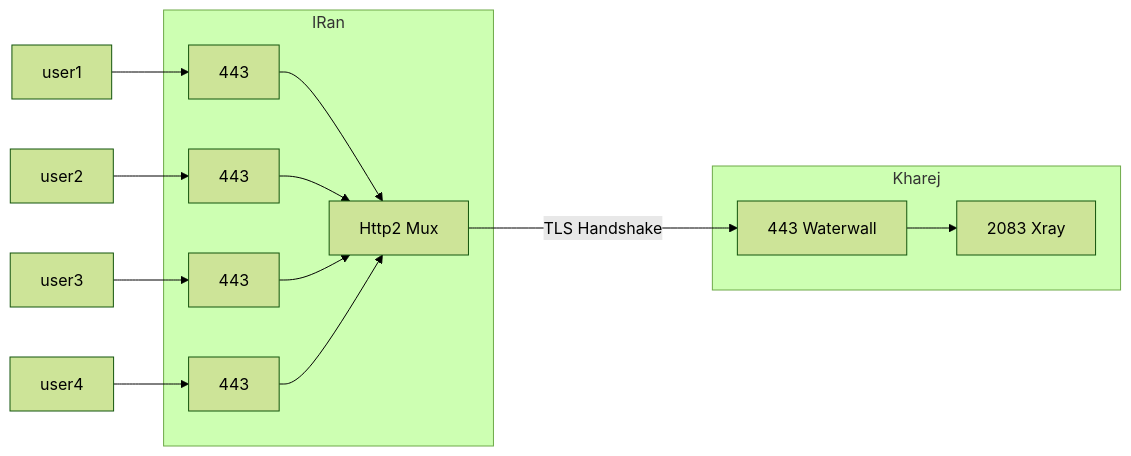
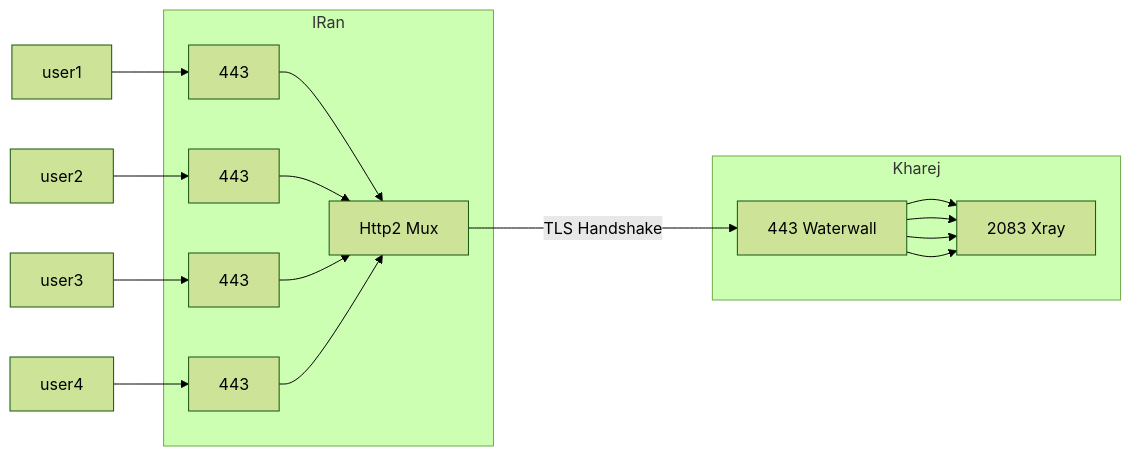
One commit to just-the-docs/just-the-docs-template changed the diagram in Http2-Mux-Grpc.md. Above: the diagram before and after it, drawn with Mermaid (forest theme).

Commit message:
better graph

````diff
--- a/Http2-Mux-Grpc.md
+++ b/Http2-Mux-Grpc.md
@@ -48,18 +48,18 @@
 ```mermaid
 flowchart LR;
     user1 --> A1;
     user2 --> A2;
     user3 --> A3;
     user4 --> A4;
     subgraph Kharej;
-    B1[443 Waterwall] --> B2;
+    B1[443 Waterwall] --> B2 & B2 & B2 & B2;
     B2[2083 Xray];
     end;
     subgraph IRan;
     A1[443]   --> Ain ;
     A2[443]   --> Ain ;
     A3[443]    --> Ain;
     A4[443]  --> Ain;
     Ain[Http2 Mux] -- "TLS Handshake" ---> B1;
     end;
 ```
````
